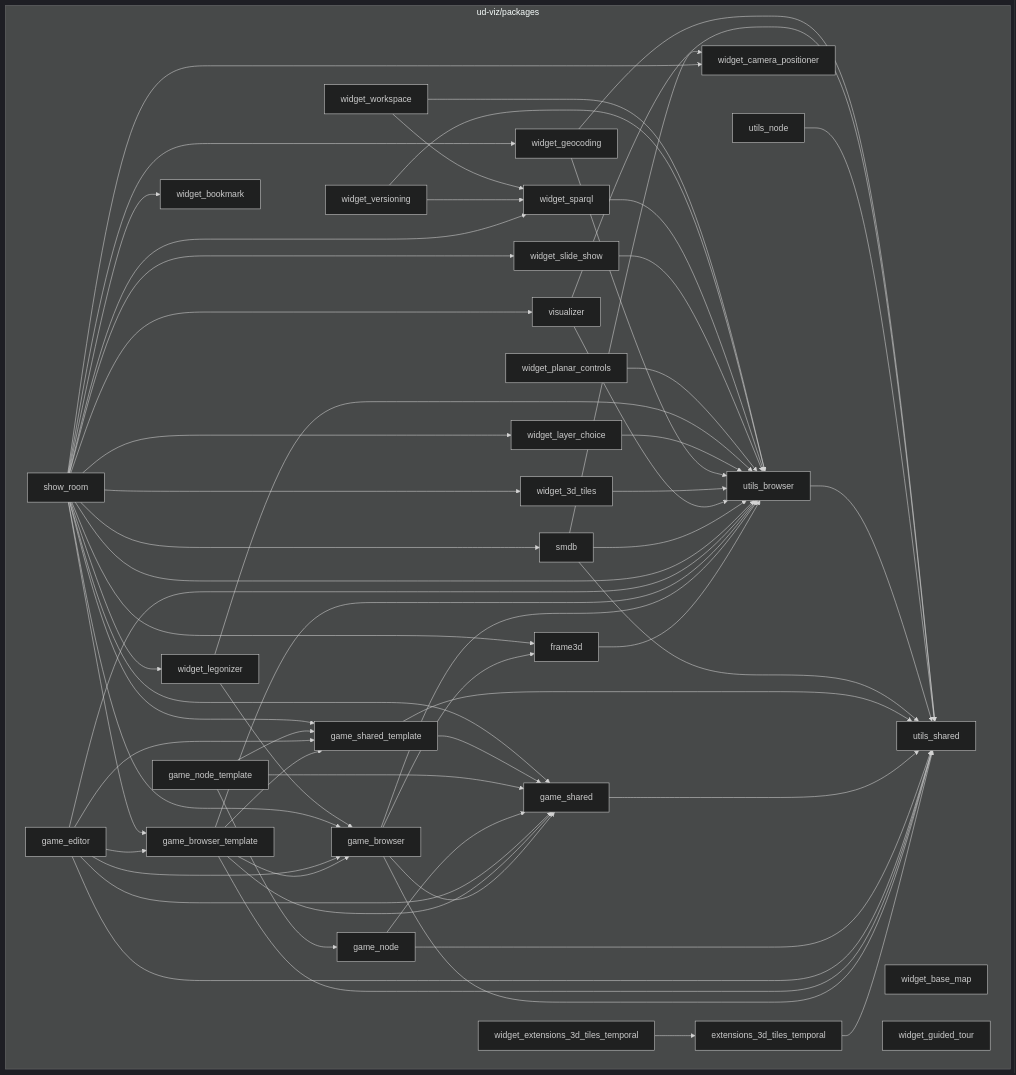
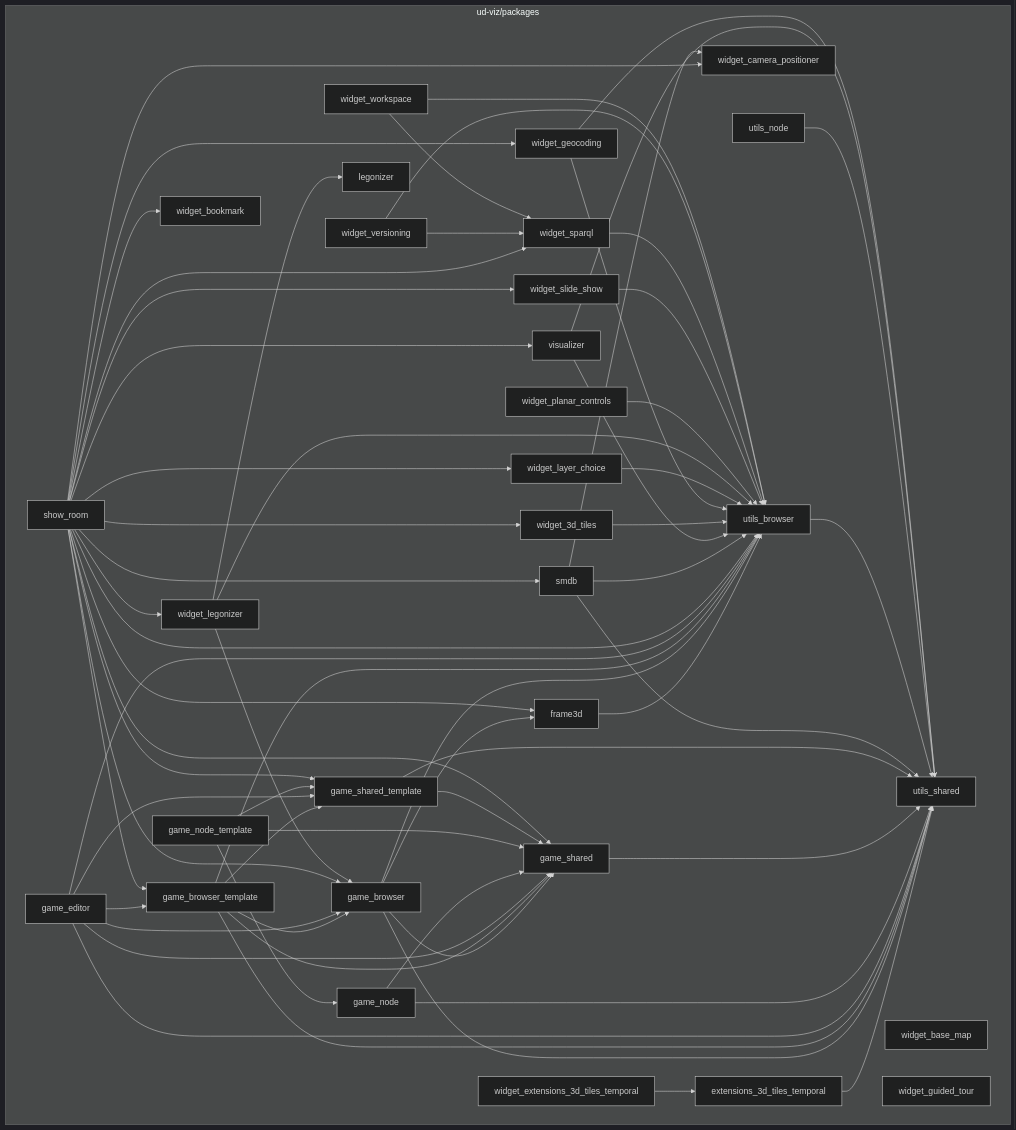
The diagram in docs/static/architecture.md (VCityTeam/UD-Viz), drawn with Mermaid (dark theme) before and after one commit. The commit also changed 16 other files, not shown here.

Commit message:
opti(widget_legonizer): threadify mockup computation

```diff
--- a/docs/static/architecture.md
+++ b/docs/static/architecture.md
@@ -13,6 +13,7 @@
 game_node_template
 game_shared
 game_shared_template
+legonizer
 show_room
 smdb
 utils_browser
@@ -88,6 +89,7 @@
 widget_geocoding-->utils_shared
 widget_layer_choice-->utils_browser
 widget_legonizer-->game_browser
+widget_legonizer-->legonizer
 widget_legonizer-->utils_browser
 widget_planar_controls-->utils_browser
 widget_slide_show-->utils_browser
```
